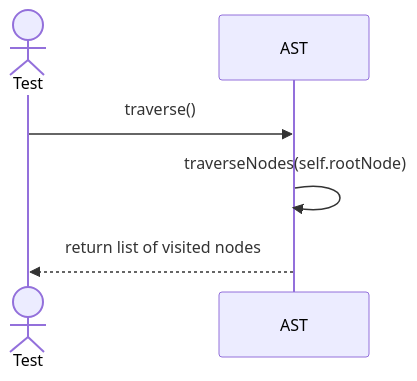
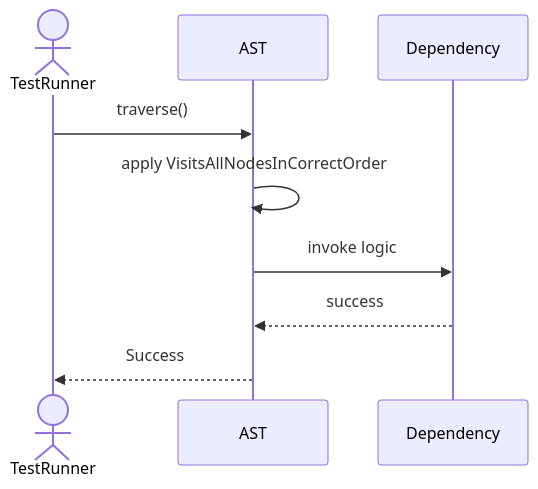
The second of 5 diagrams in Sequences/QueryProcessor/AST.md (TamBui1706/DBMS), drawn with Mermaid before and after one commit. The commit also changed other lines of this file and 63 other files, not shown here.

Commit message:
Draw sequence diagram for unit tests

````diff
--- a/Sequences/QueryProcessor/AST.md
+++ b/Sequences/QueryProcessor/AST.md
@@ -27,9 +31,10 @@
 ```mermaid
 sequenceDiagram
-    actor Test
+    actor TestRunner
     participant AST
-
-    Test->>AST: traverse()
-    AST->>AST: traverseNodes(self.rootNode)
-    AST-->>Test: return list of visited nodes
+    TestRunner->>AST: traverse()
+    AST->>AST: apply VisitsAllNodesInCorrectOrder
+    AST->>Dependency: invoke logic
+    Dependency-->>AST: success
+    AST-->>TestRunner: Success
 ```
````
